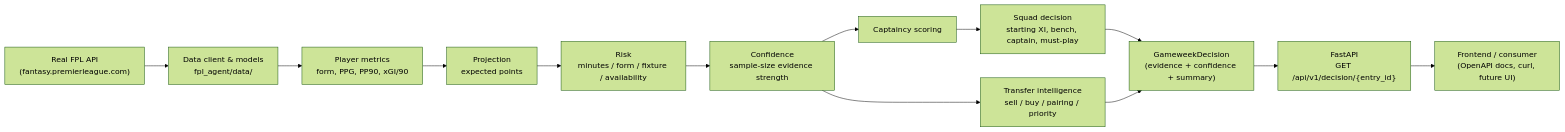
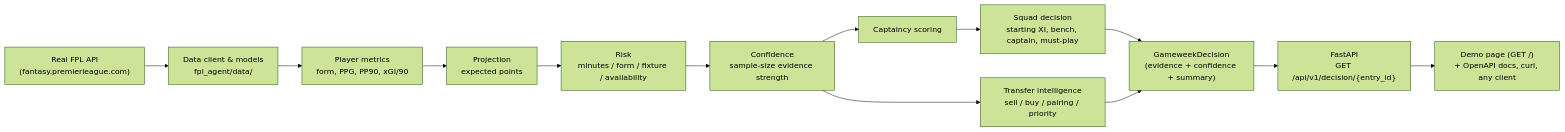
Before and after one commit to Gasooom/fpl-intelligence-agent: the diagram in README.md, drawn with Mermaid (forest theme). The commit also changed other lines of this file, not shown here.

First line of the commit message:
docs: document the demo page and best_transfer field

````diff
--- a/README.md
+++ b/README.md
@@ -39,15 +39,15 @@
 ```mermaid
 flowchart LR
     A["Real FPL API\n(fantasy.premierleague.com)"] --> B["Data client & models\nfpl_agent/data/"]
     B --> C["Player metrics\nform, PPG, PP90, xGI/90"]
     C --> D["Projection\nexpected points"]
     D --> E["Risk\nminutes / form / fixture / availability"]
     E --> F["Confidence\nsample-size evidence strength"]
     F --> G["Captaincy scoring"]
     G --> H["Squad decision\nstarting XI, bench, captain, must-play"]
     F --> I["Transfer intelligence\nsell / buy / pairing / priority"]
     H --> J["GameweekDecision\n(evidence + confidence + summary)"]
     I --> J
     J --> K["FastAPI\nGET /api/v1/decision/{entry_id}"]
-    K --> L["Frontend / consumer\n(OpenAPI docs, curl, future UI)"]
+    K --> L["Demo page (GET /)\n+ OpenAPI docs, curl, any client"]
 ```
````
